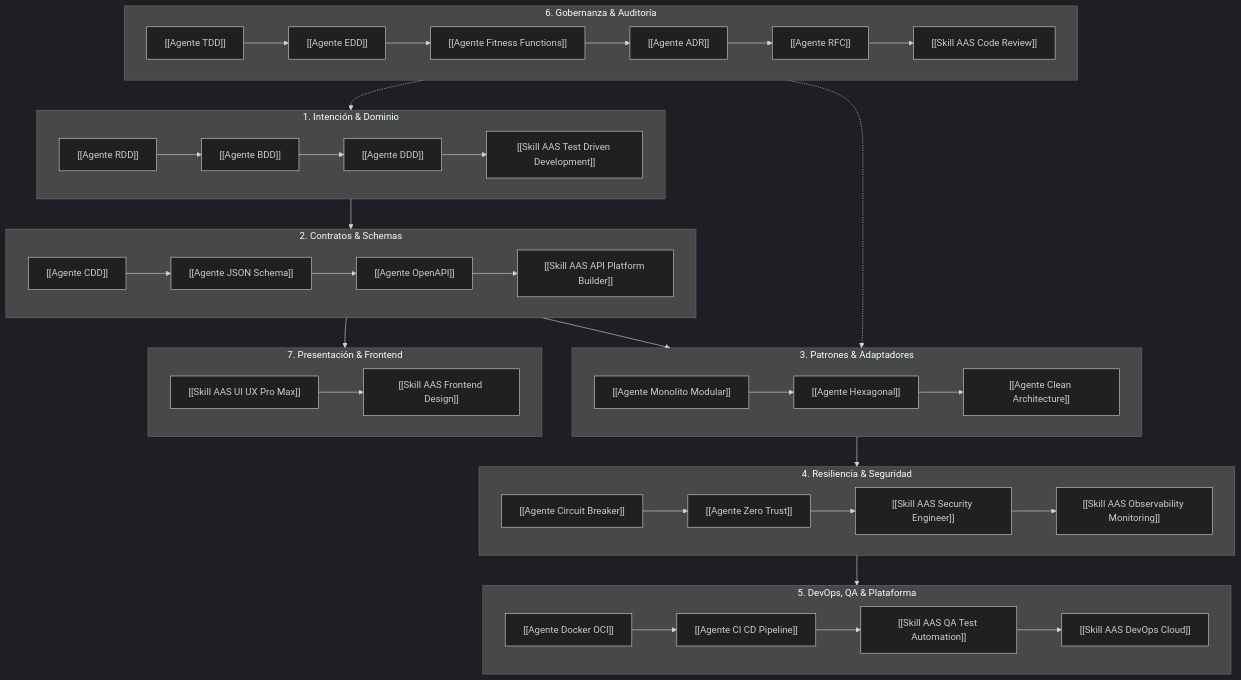
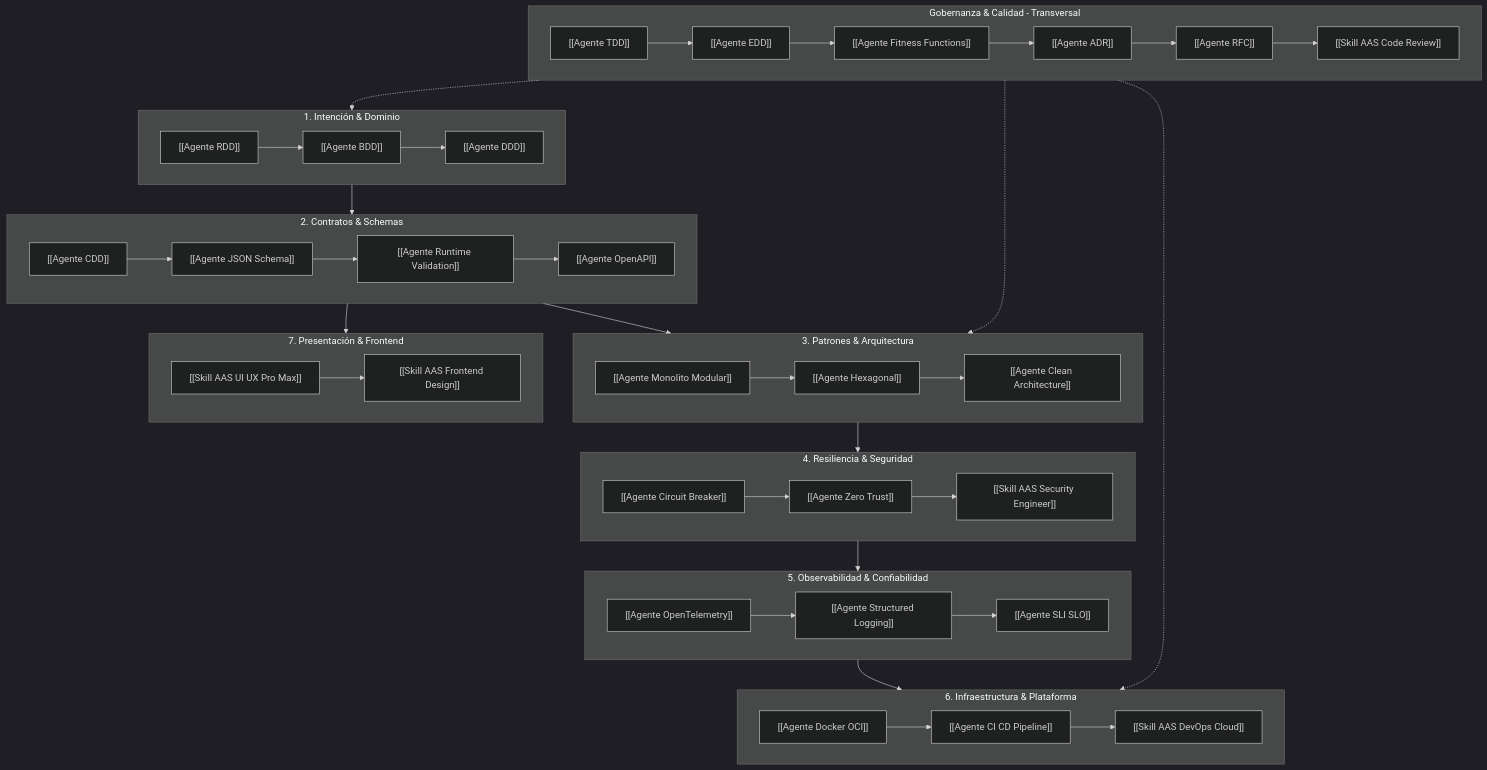
One commit to NezerkC/voveda-arquitectura- changed the diagram in Agente Orquestador.md. Above: the diagram before and after it, drawn with Mermaid (dark theme). The commit also changed other lines of this file and 28 other files, not shown here.

Commit message:
refactor(vault): sanitize architecture vault and unify 7-phase taxonomy

````diff
--- a/Agente Orquestador.md
+++ b/Agente Orquestador.md
@@ -46,51 +48,55 @@
 ```mermaid
 flowchart TD
     subgraph P1 [1. Intención & Dominio]
         RDD["[[Agente RDD]]"] --> BDD["[[Agente BDD]]"]
         BDD --> DDD["[[Agente DDD]]"]
-        DDD --> AAS_TDD["[[Skill AAS Test Driven Development]]"]
     end
 
     subgraph P2 [2. Contratos & Schemas]
         CDD["[[Agente CDD]]"] --> JS["[[Agente JSON Schema]]"]
-        JS --> OAPI["[[Agente OpenAPI]]"]
-        OAPI --> AAS_API["[[Skill AAS API Platform Builder]]"]
+        JS --> RV["[[Agente Runtime Validation]]"]
+        RV --> OAPI["[[Agente OpenAPI]]"]
     end
 
-    subgraph P3 [3. Patrones & Adaptadores]
+    subgraph P3 [3. Patrones & Arquitectura]
         MM["[[Agente Monolito Modular]]"] --> HEX["[[Agente Hexagonal]]"]
         HEX --> CLEAN["[[Agente Clean Architecture]]"]
     end
 
     subgraph P4 [4. Resiliencia & Seguridad]
         CB["[[Agente Circuit Breaker]]"] --> ZT["[[Agente Zero Trust]]"]
         ZT --> AAS_SEC["[[Skill AAS Security Engineer]]"]
-        AAS_SEC --> AAS_OBS["[[Skill AAS Observability Monitoring]]"]
     end
 
-    subgraph P5 [5. DevOps, QA & Plataforma]
-        DOCKER["[[Agente Docker OCI]]"] --> CI["[[Agente CI CD Pipeline]]"]
-        CI --> AAS_QA["[[Skill AAS QA Test Automation]]"]
-        AAS_QA --> AAS_DEV["[[Skill AAS DevOps Cloud]]"]
+    subgraph P5 [5. Observabilidad & Confiabilidad]
+        OTEL["[[Agente OpenTelemetry]]"] --> LOG["[[Agente Structured Logging]]"]
+        LOG --> SLO["[[Agente SLI SLO]]"]
     end
 
-    subgraph P6 [6. Gobernanza & Auditoría]
+    subgraph P6 [6. Infraestructura & Plataforma]
+        DOCKER["[[Agente Docker OCI]]"] --> CI["[[Agente CI CD Pipeline]]"]
+        CI --> AAS_DEV["[[Skill AAS DevOps Cloud]]"]
+    end
+
+    subgraph P7 [7. Presentación & Frontend]
+        UIUX["[[Skill AAS UI UX Pro Max]]"] --> FRONT["[[Skill AAS Frontend Design]]"]
+    end
+
+    subgraph GOB [Gobernanza & Calidad - Transversal]
         TDD["[[Agente TDD]]"] --> EDD["[[Agente EDD]]"]
         EDD --> FF["[[Agente Fitness Functions]]"]
         FF --> ADR["[[Agente ADR]]"]
         ADR --> RFC["[[Agente RFC]]"]
         RFC --> AAS_CR["[[Skill AAS Code Review]]"]
     end
 
-    subgraph P7 [7. Presentación & Frontend]
-        UIUX["[[Skill AAS UI UX Pro Max]]"] --> FRONT["[[Skill AAS Frontend Design]]"]
-    end
-
     P1 --> P2
     P2 --> P3
     P3 --> P4
     P4 --> P5
+    P5 --> P6
     P2 --> P7
-    P6 -.-> P1
-    P6 -.-> P3
+    GOB -.-> P1
+    GOB -.-> P3
+    GOB -.-> P6
 ```
````
